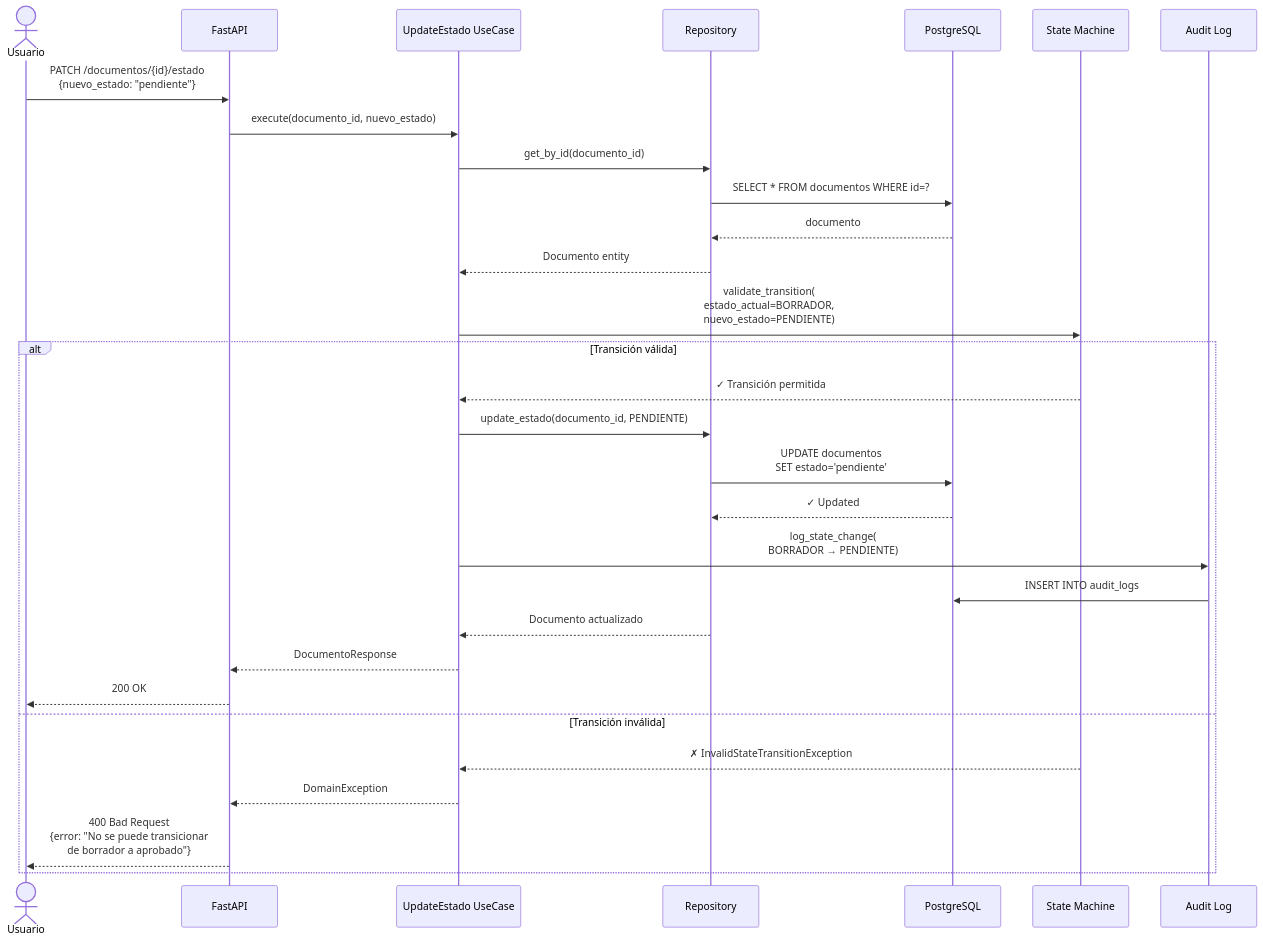
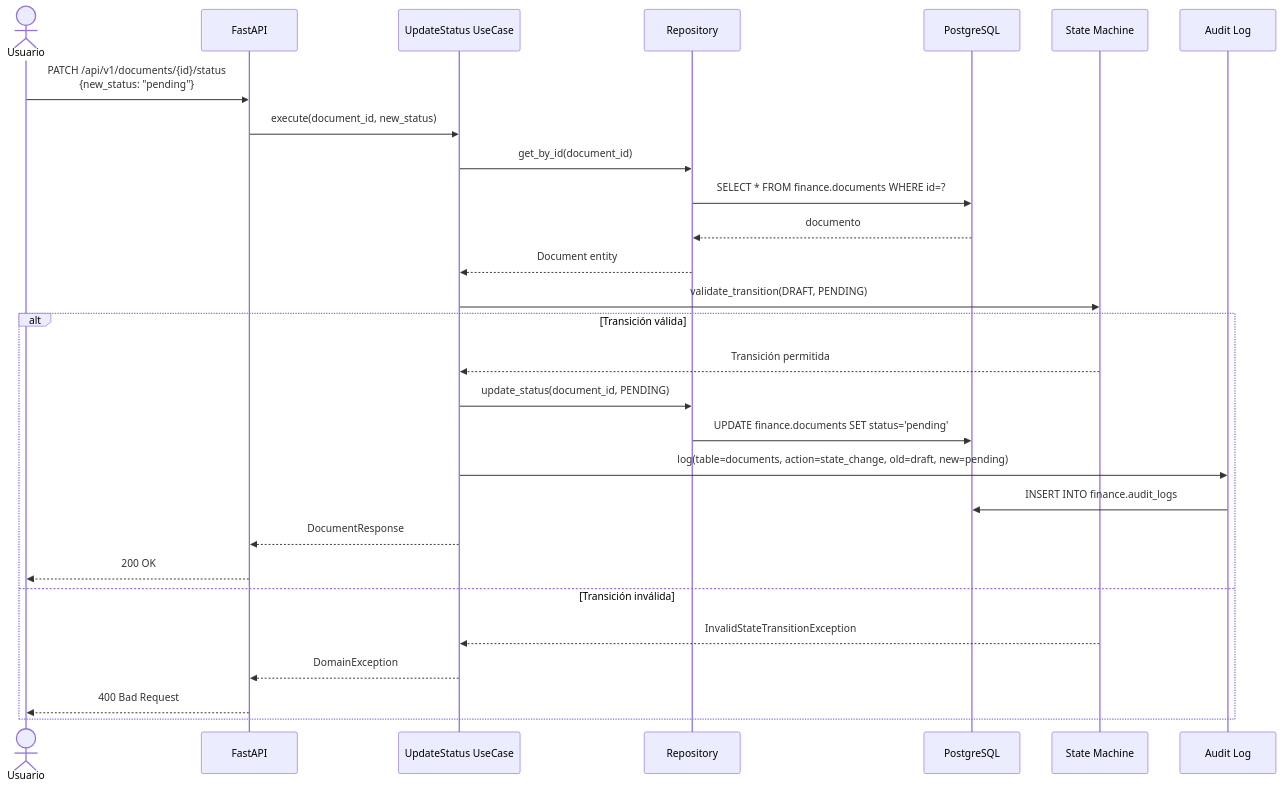
Before and after one commit to abyssorcdev/duppla: the eighth of 16 diagrams in docs/project_design.md, drawn with Mermaid. The commit also changed other lines of this file, not shown here.

````diff
--- a/docs/project_design.md
+++ b/docs/project_design.md
@@ -339,39 +424,37 @@
 ```mermaid
 sequenceDiagram
     actor User as Usuario
     participant API as FastAPI
-    participant UC as UpdateEstado UseCase
+    participant UC as UpdateStatus UseCase
     participant Repo as Repository
     participant DB as PostgreSQL
     participant SM as State Machine
     participant Audit as Audit Log
 
-    User->>API: PATCH /documentos/{id}/estado<br/>{nuevo_estado: "pendiente"}
+    User->>API: PATCH /api/v1/documents/{id}/status<br/>{new_status: "pending"}
 
-    API->>UC: execute(documento_id, nuevo_estado)
-    UC->>Repo: get_by_id(documento_id)
-    Repo->>DB: SELECT * FROM documentos WHERE id=?
+    API->>UC: execute(document_id, new_status)
+    UC->>Repo: get_by_id(document_id)
+    Repo->>DB: SELECT * FROM finance.documents WHERE id=?
     DB-->>Repo: documento
-    Repo-->>UC: Documento entity
+    Repo-->>UC: Document entity
 
-    UC->>SM: validate_transition(<br/>estado_actual=BORRADOR,<br/>nuevo_estado=PENDIENTE)
+    UC->>SM: validate_transition(DRAFT, PENDING)
 
     alt Transición válida
-        SM-->>UC: ✓ Transición permitida
+        SM-->>UC: Transición permitida
 
-        UC->>Repo: update_estado(documento_id, PENDIENTE)
-        Repo->>DB: UPDATE documentos<br/>SET estado='pendiente'
-        DB-->>Repo: ✓ Updated
+        UC->>Repo: update_status(document_id, PENDING)
+        Repo->>DB: UPDATE finance.documents SET status='pending'
 
-        UC->>Audit: log_state_change(<br/>BORRADOR → PENDIENTE)
-        Audit->>DB: INSERT INTO audit_logs
+        UC->>Audit: log(table=documents, action=state_change, old=draft, new=pending)
+        Audit->>DB: INSERT INTO finance.audit_logs
 
-        Repo-->>UC: Documento actualizado
-        UC-->>API: DocumentoResponse
+        UC-->>API: DocumentResponse
         API-->>User: 200 OK
     else Transición inválida
-        SM-->>UC: ✗ InvalidStateTransitionException
+        SM-->>UC: InvalidStateTransitionException
         UC-->>API: DomainException
-        API-->>User: 400 Bad Request<br/>{error: "No se puede transicionar<br/>de borrador a aprobado"}
+        API-->>User: 400 Bad Request
     end
 ```
````
